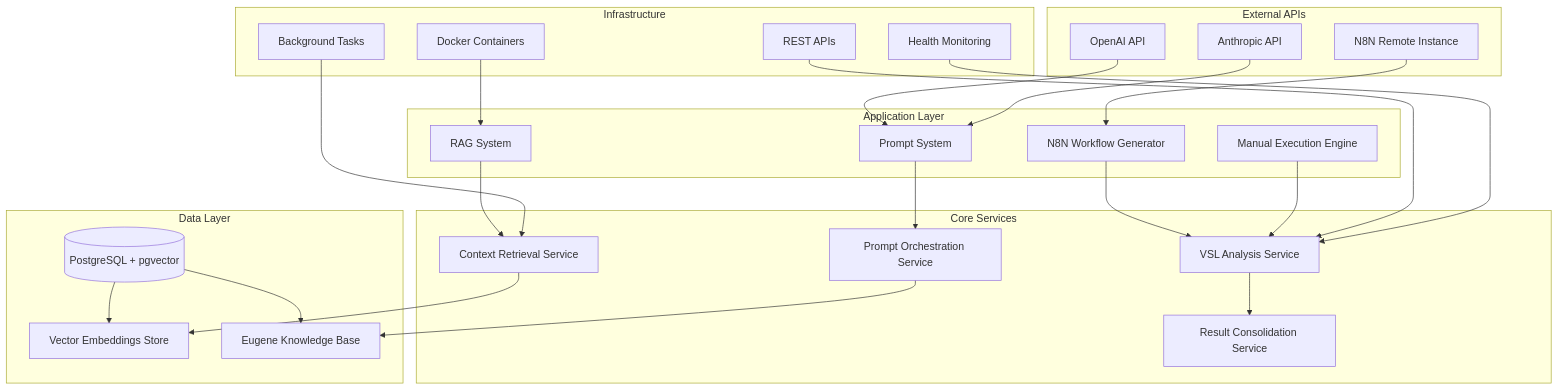
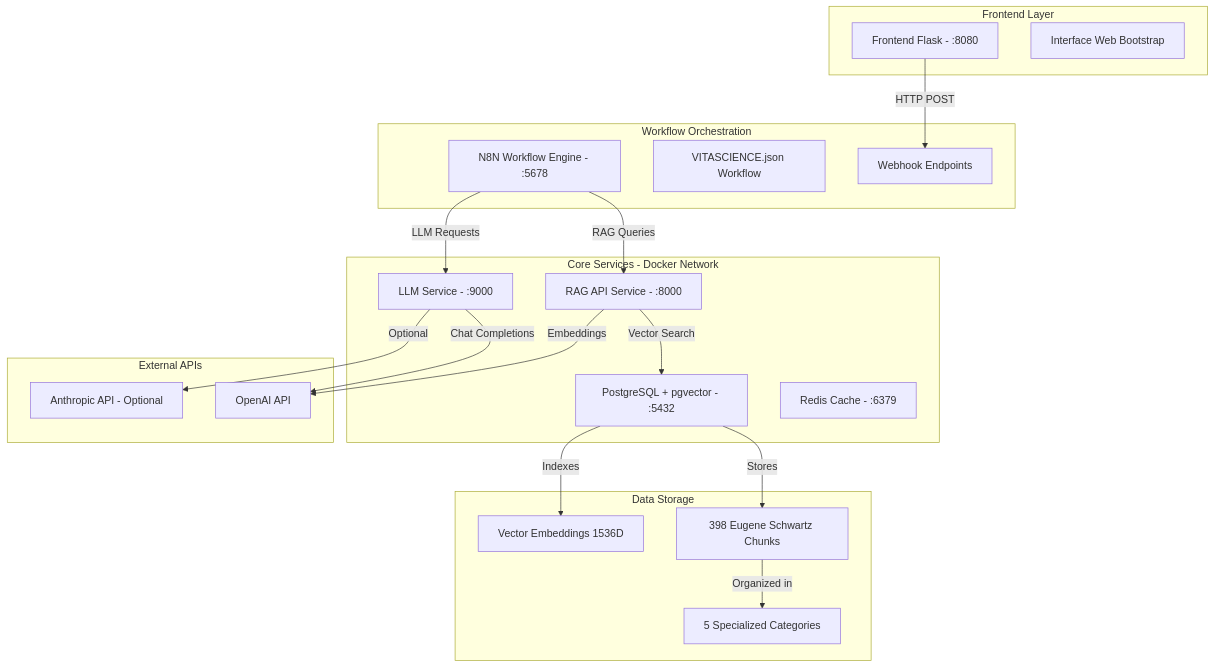
One commit to DiegoSouzadsp/vitascience-eugene-ai changed the first of 3 diagrams in VITASCIENCE_DELIVERY/docs/ARCHITECTURE.md. Above: the diagram before and after it, drawn with Mermaid. The commit also changed other lines of this file and 1 other file, not shown here.

````diff
--- a/VITASCIENCE_DELIVERY/docs/ARCHITECTURE.md
+++ b/VITASCIENCE_DELIVERY/docs/ARCHITECTURE.md
@@ -7,52 +9,42 @@
 ```mermaid
 graph TB
-    subgraph "External APIs"
-        A1[OpenAI API]
-        A2[Anthropic API]
-        A3[N8N Remote Instance]
+    subgraph "Frontend Layer"
+        A1[Frontend Flask - :8080]
+        A2[Interface Web Bootstrap]
     end
 
-    subgraph "Application Layer"
-        B1[N8N Workflow Generator]
-        B2[Manual Execution Engine]
-        B3[Prompt System]
-        B4[RAG System]
+    subgraph "Workflow Orchestration"
+        B1[N8N Workflow Engine - :5678]
+        B2[VITASCIENCE.json Workflow]
+        B3[Webhook Endpoints]
     end
 
-    subgraph "Core Services"
-        C1[VSL Analysis Service]
-        C2[Context Retrieval Service]
-        C3[Prompt Orchestration Service]
-        C4[Result Consolidation Service]
+    subgraph "Core Services - Docker Network"
+        C1[RAG API Service - :8000]
+        C2[LLM Service - :9000]
+        C3[PostgreSQL + pgvector - :5432]
+        C4[Redis Cache - :6379]
     end
 
-    subgraph "Data Layer"
-        D1[(PostgreSQL + pgvector)]
-        D2[Vector Embeddings Store]
-        D3[Eugene Knowledge Base]
+    subgraph "External APIs"
+        D1[OpenAI API]
+        D2[Anthropic API - Optional]
     end
 
-    subgraph "Infrastructure"
-        E1[Docker Containers]
-        E2[REST APIs]
-        E3[Background Tasks]
-        E4[Health Monitoring]
+    subgraph "Data Storage"
+        E1[398 Eugene Schwartz Chunks]
+        E2[Vector Embeddings 1536D]
+        E3[5 Specialized Categories]
     end
 
-    A1 --> B3
-    A2 --> B3
-    A3 --> B1
-    B1 --> C1
-    B2 --> C1
-    B3 --> C3
-    B4 --> C2
-    C1 --> C4
-    C2 --> D2
-    C3 --> D3
-    D1 --> D2
-    D1 --> D3
-    E1 --> B4
-    E2 --> C1
-    E3 --> C2
-    E4 --> C1
+    A1 -->|HTTP POST| B3
+    B1 -->|RAG Queries| C1
+    B1 -->|LLM Requests| C2
+    C1 -->|Vector Search| C3
+    C1 -->|Embeddings| D1
+    C2 -->|Chat Completions| D1
+    C2 -->|Optional| D2
+    C3 -->|Stores| E1
+    C3 -->|Indexes| E2
+    E1 -->|Organized in| E3
 ```
````
